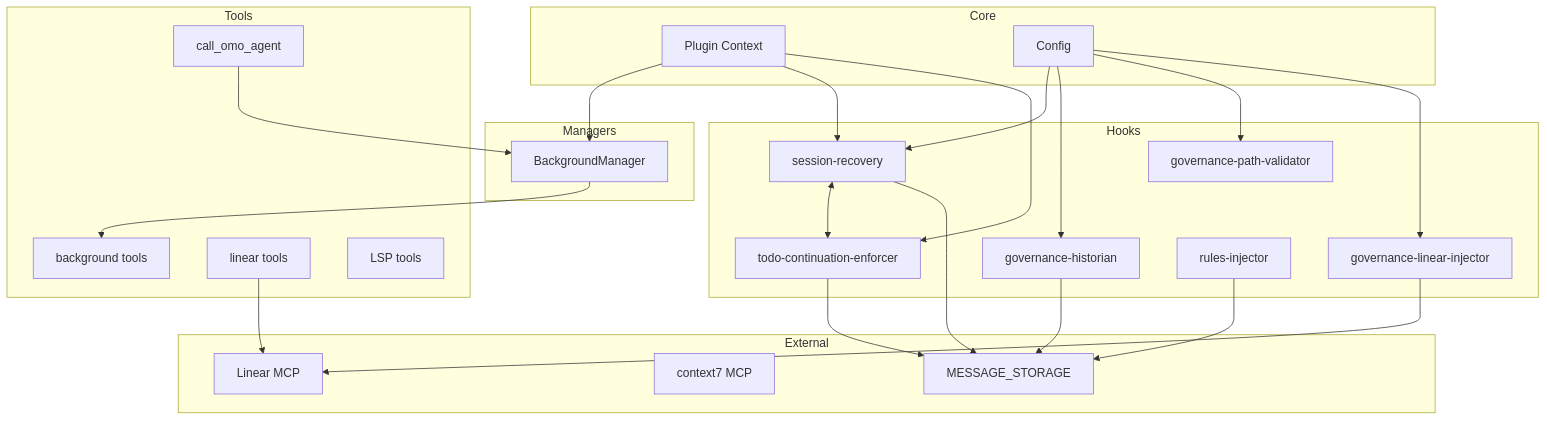
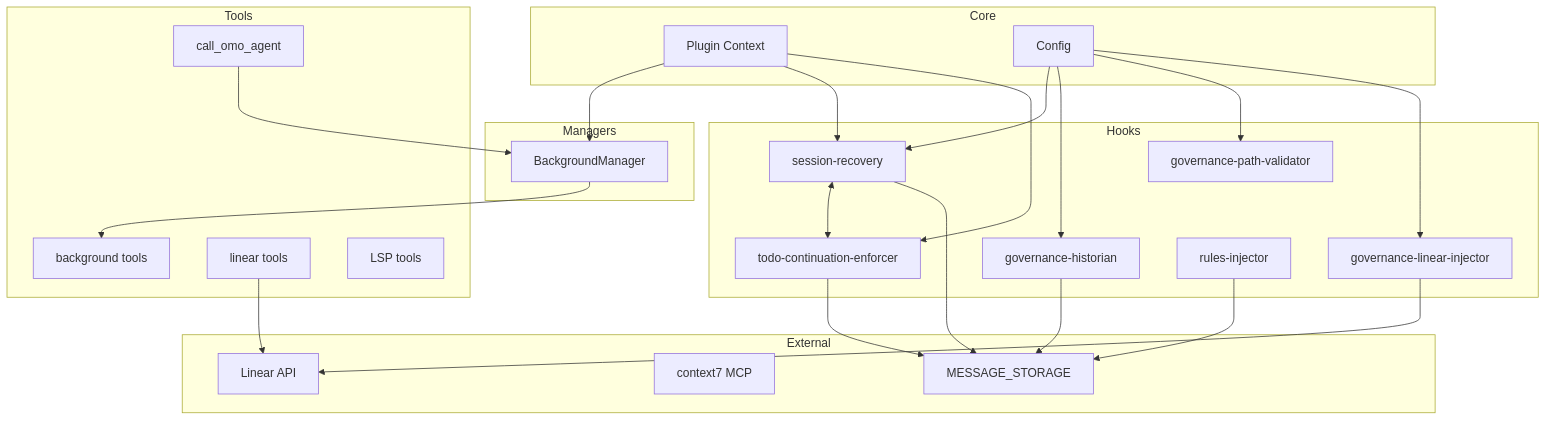
Before and after one commit to code-yeongyu/oh-my-openagent: the diagram in docs/architecture/11-inter-component.md, drawn with Mermaid. The commit also changed other lines of this file and 73 other files, not shown here.

First line of the commit message:
fix(docs): update README and architecture documentation to reflect Linear API key requirement

````diff
--- a/docs/architecture/11-inter-component.md
+++ b/docs/architecture/11-inter-component.md
@@ -116,50 +116,50 @@
 ```mermaid
 graph TD
     subgraph Core
         A[Plugin Context]
         B[Config]
     end
     
     subgraph Managers
         C[BackgroundManager]
     end
     
     subgraph Hooks
         D[session-recovery]
         E[todo-continuation-enforcer]
         F[governance-historian]
         G[governance-path-validator]
         H[governance-linear-injector]
         R[rules-injector]
     end
     
     subgraph Tools
         I[background tools]
         J[linear tools]
         K[LSP tools]
         O[call_omo_agent]
     end
     
     subgraph External
-        L[Linear MCP]
+        L[Linear API]
         M[context7 MCP]
         N[MESSAGE_STORAGE]
     end
     
     A --> C
     A --> D
     A --> E
     B --> D
     B --> F
     B --> G
     B --> H
     C --> I
     D <--> E
     H --> L
     J --> L
     D --> N
     E --> N
     F --> N
     R --> N
     O --> C
 ```
````
